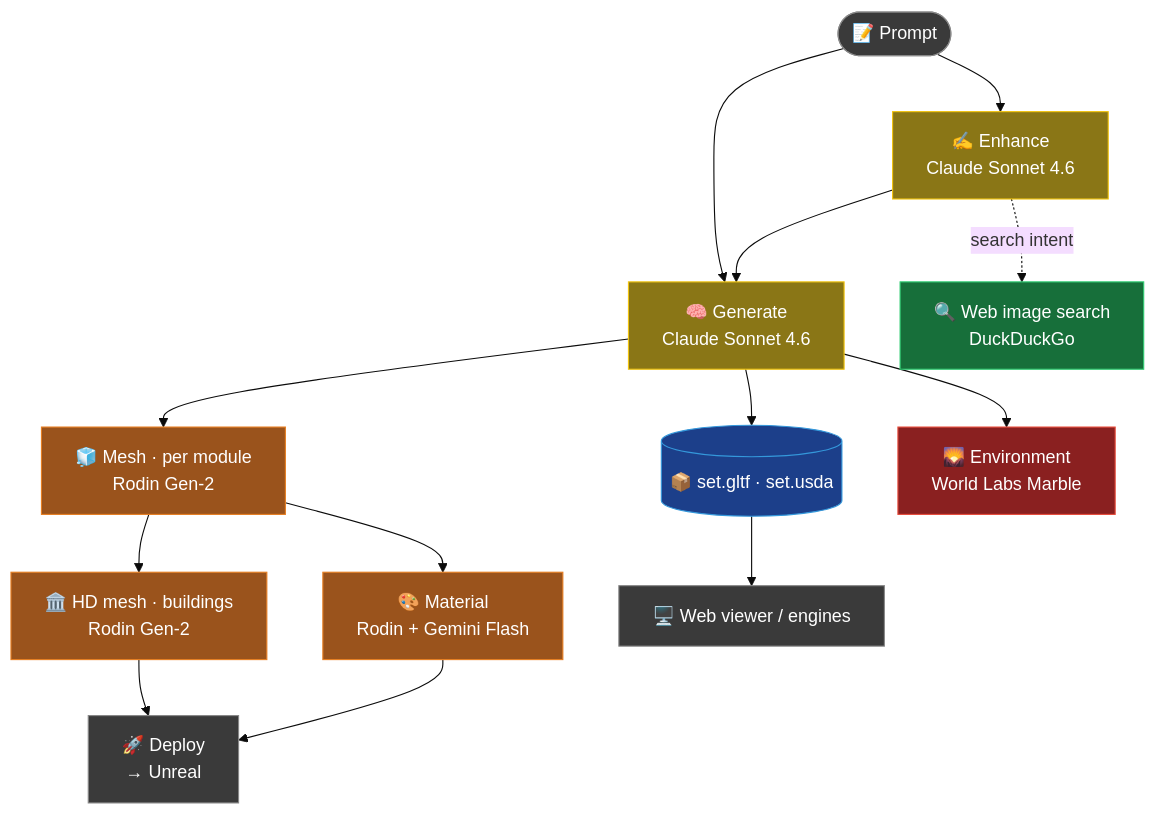
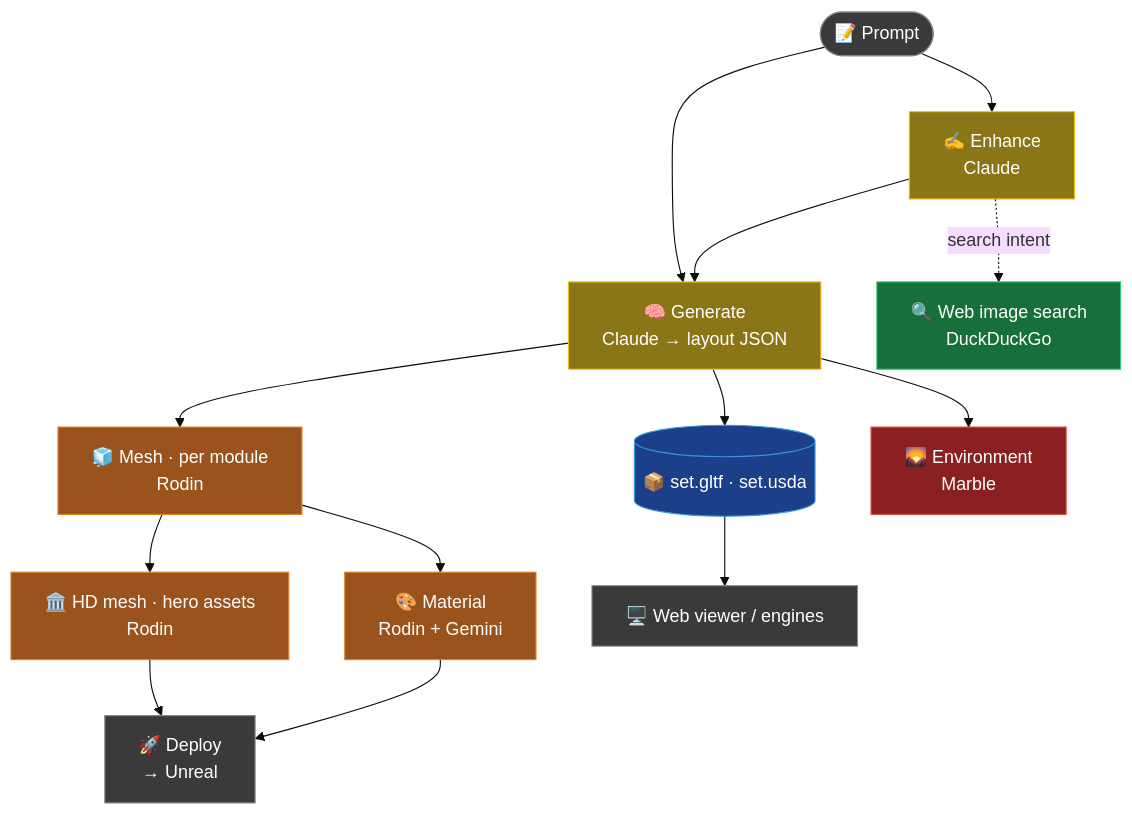
Before and after one commit to jaykaysmwork/setlab: the first of 2 diagrams in README.md, drawn with Mermaid (base theme). The commit also changed other lines of this file, not shown here.

````diff
--- a/README.md
+++ b/README.md
@@ -49,29 +24,29 @@
 ```mermaid
 flowchart TD
-    P(["📝 Prompt"]) --> E["✍️ Enhance<br/>Claude Sonnet 4.6"]
-    P --> G["🧠 Generate<br/>Claude Sonnet 4.6"]
+    P(["📝 Prompt"]) --> E["✍️ Enhance<br/>Claude"]
+    P --> G["🧠 Generate<br/>Claude → layout JSON"]
     E -. "search intent" .-> S["🔍 Web image search<br/>DuckDuckGo"]
     E --> G
     G --> OUT[("📦 set.gltf · set.usda")]
-    G --> M["🧊 Mesh · per module<br/>Rodin Gen-2"]
-    M --> HD["🏛️ HD mesh · buildings<br/>Rodin Gen-2"]
-    M --> MAT["🎨 Material<br/>Rodin + Gemini Flash"]
+    G --> M["🧊 Mesh · per module<br/>Rodin"]
+    M --> HD["🏛️ HD mesh · hero assets<br/>Rodin"]
+    M --> MAT["🎨 Material<br/>Rodin + Gemini"]
     HD --> DEP["🚀 Deploy<br/>→ Unreal"]
     MAT --> DEP
-    G --> MB["🌄 Environment<br/>World Labs Marble"]
+    G --> MB["🌄 Environment<br/>Marble"]
     OUT --> V["🖥️ Web viewer / engines"]
 
     classDef free   fill:#176f3a,stroke:#2ecc71,color:#fff;
     classDef llm    fill:#8a7616,stroke:#f1c40f,color:#fff;
     classDef heavy  fill:#9a531c,stroke:#e67e22,color:#fff;
     classDef xheavy fill:#8a2020,stroke:#e74c3c,color:#fff;
     classDef out    fill:#1c3f8a,stroke:#3498db,color:#fff;
     classDef step   fill:#3a3a3a,stroke:#888,color:#fff;
 
     class E,G llm;
     class S free;
     class M,HD,MAT heavy;
     class MB xheavy;
     class OUT out;
     class DEP,V,P step;
 ```
````
